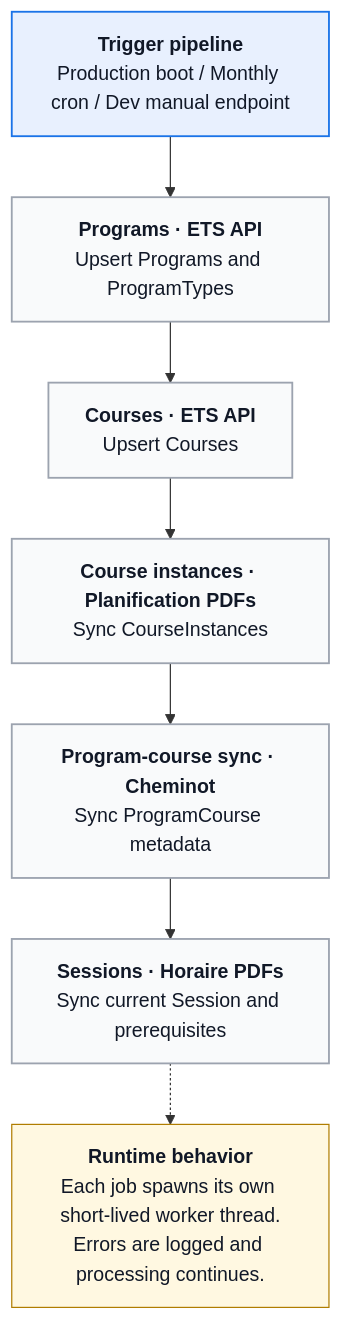
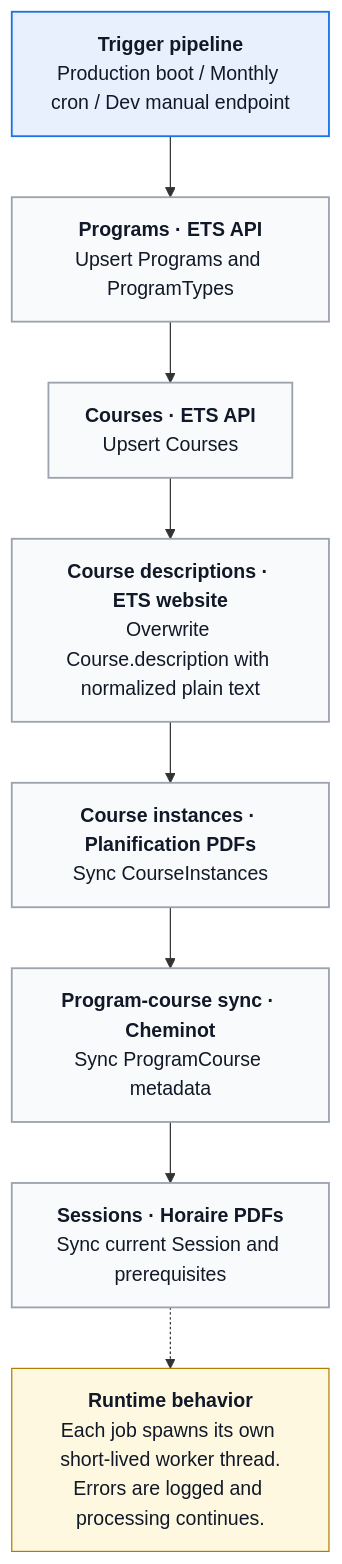
Before and after one commit to ApplETS/planifETS-backend: the first of 2 diagrams in docs/jobs/jobs-pipeline.md, drawn with Mermaid. The commit also changed other lines of this file and 17 other files, not shown here.

Commit message:
feat: add job for course description synchronization (#88)

````diff
--- a/docs/jobs/jobs-pipeline.md
+++ b/docs/jobs/jobs-pipeline.md
@@ -30,23 +31,24 @@
 ```mermaid
 flowchart TD
     T["<b>Trigger pipeline</b><br/><span style='color:#6B7280'>Production boot / Monthly cron / Dev manual endpoint</span>"]
 
     P["<b>Programs · ETS API</b><br/><span style='color:#6B7280'>Upsert Programs and ProgramTypes</span>"]
     C["<b>Courses · ETS API</b><br/><span style='color:#6B7280'>Upsert Courses</span>"]
+    D["<b>Course descriptions · ETS website</b><br/><span style='color:#6B7280'>Overwrite Course.description with normalized plain text</span>"]
     I["<b>Course instances · Planification PDFs</b><br/><span style='color:#6B7280'>Sync CourseInstances</span>"]
     M["<b>Program-course sync · Cheminot</b><br/><span style='color:#6B7280'>Sync ProgramCourse metadata</span>"]
     S["<b>Sessions · Horaire PDFs</b><br/><span style='color:#6B7280'>Sync current Session and prerequisites</span>"]
 
     N["<b>Runtime behavior</b><br/><span style='color:#6B7280'>Each job spawns its own short-lived worker thread.<br/>Errors are logged and processing continues.</span>"]
 
-    T --> P --> C --> I --> M --> S
+    T --> P --> C --> D --> I --> M --> S
     S -.-> N
 
     classDef trigger fill:#E8F0FE,stroke:#1A73E8,color:#111827,stroke-width:1.5px;
     classDef step fill:#F9FAFB,stroke:#9CA3AF,color:#111827,stroke-width:1.5px;
     classDef note fill:#FFF8E1,stroke:#B07D00,color:#111827,stroke-width:1px;
 
     class T trigger;
-    class P,C,I,M,S step;
+    class P,C,D,I,M,S step;
     class N note;
 ```
````
